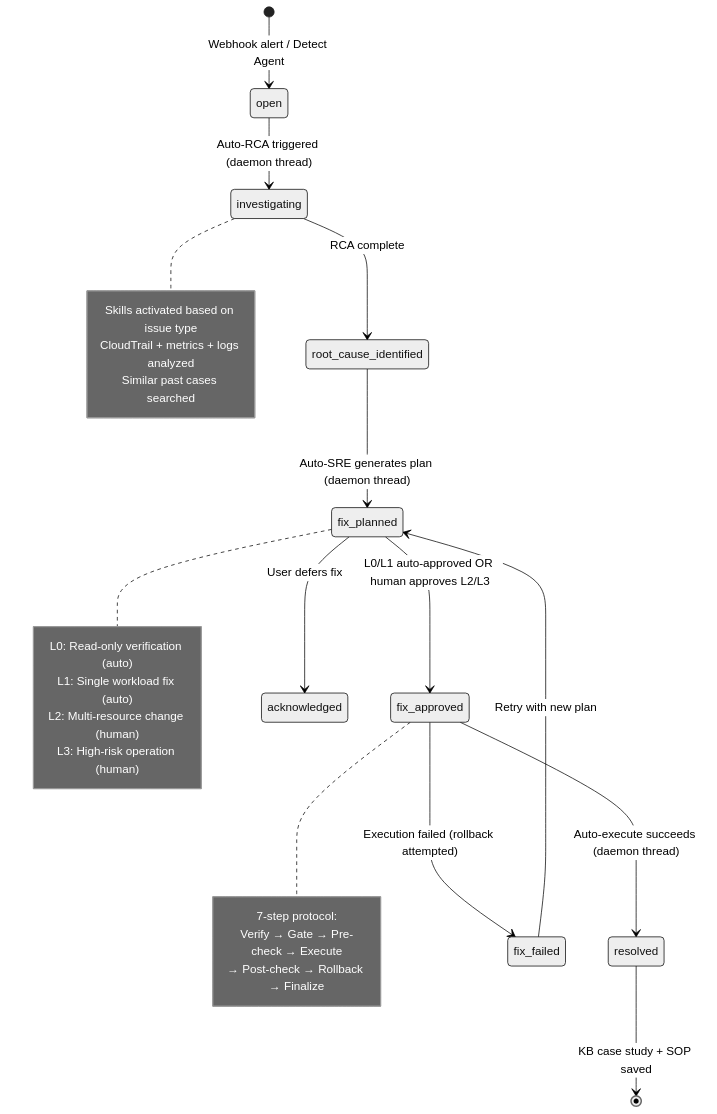
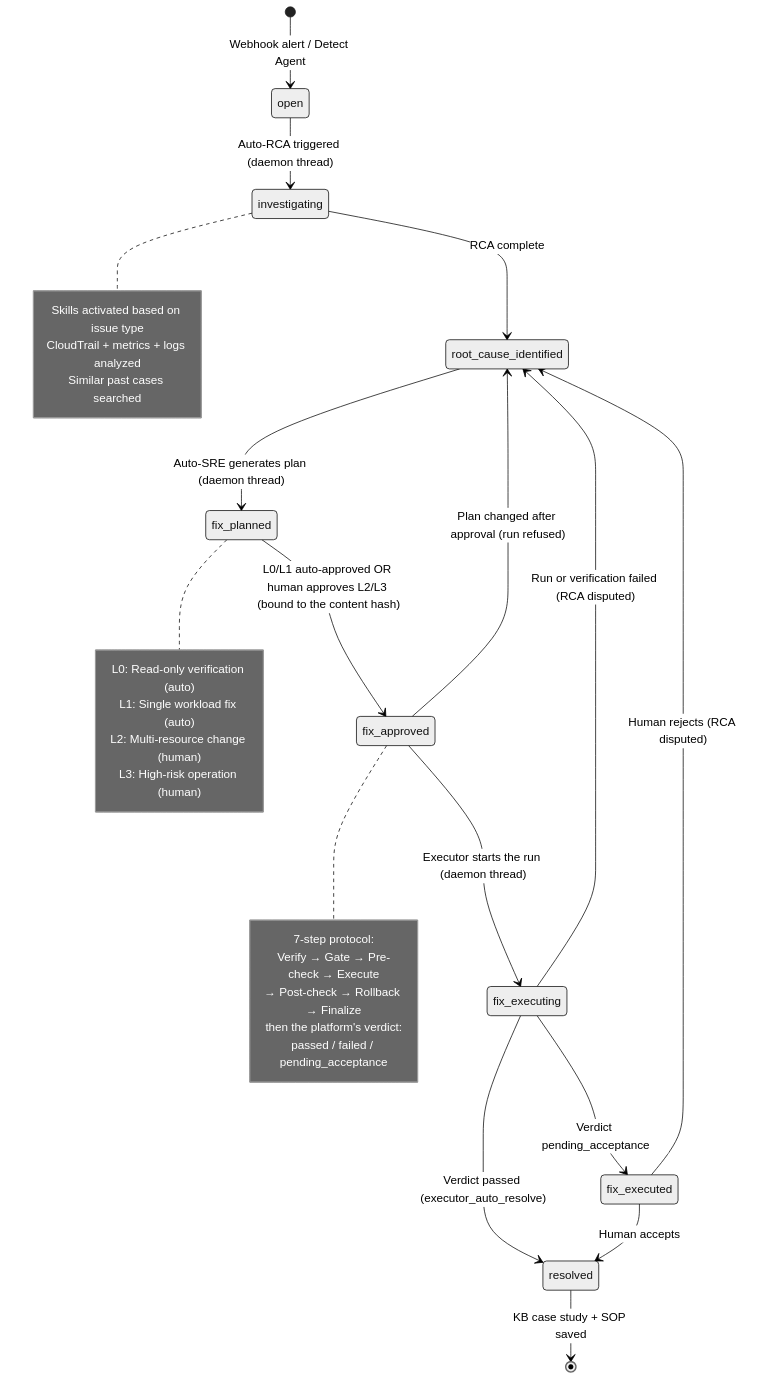
One commit to LiboMa/agenticops-chat changed the fourth of 21 diagrams in docs/WORKFLOW.md. Above: the diagram before and after it, drawn with Mermaid (neutral theme). The commit also changed other lines of this file and 3 other files, not shown here.

Commit message:
docs(issue-change): MVP-2.6.1 issue/change logic — lifecycle diagram matches the transitions, verdict + acceptance, intake, plan read tools (README/README_CN in sync)

````diff
--- a/docs/WORKFLOW.md
+++ b/docs/WORKFLOW.md
@@ -206,37 +206,42 @@
 ```mermaid
 stateDiagram-v2
     [*] --> open : Webhook alert / Detect Agent
     open --> investigating : Auto-RCA triggered (daemon thread)
 
     investigating --> root_cause_identified : RCA complete
 
     root_cause_identified --> fix_planned : Auto-SRE generates plan (daemon thread)
 
-    fix_planned --> fix_approved : L0/L1 auto-approved OR human approves L2/L3
-    fix_planned --> acknowledged : User defers fix
+    fix_planned --> fix_approved : L0/L1 auto-approved OR human approves L2/L3 (bound to the content hash)
 
-    fix_approved --> resolved : Auto-execute succeeds (daemon thread)
-    fix_approved --> fix_failed : Execution failed (rollback attempted)
-    fix_failed --> fix_planned : Retry with new plan
+    fix_approved --> fix_executing : Executor starts the run (daemon thread)
+    fix_approved --> root_cause_identified : Plan changed after approval (run refused)
+    fix_executing --> resolved : Verdict passed (executor_auto_resolve)
+    fix_executing --> fix_executed : Verdict pending_acceptance
+    fix_executing --> root_cause_identified : Run or verification failed (RCA disputed)
+    fix_executed --> resolved : Human accepts
+    fix_executed --> root_cause_identified : Human rejects (RCA disputed)
 
     resolved --> [*] : KB case study + SOP saved
 
     note right of investigating
         Skills activated based on issue type
         CloudTrail + metrics + logs analyzed
         Similar past cases searched
     end note
 
     note right of fix_planned
         L0: Read-only verification (auto)
         L1: Single workload fix (auto)
         L2: Multi-resource change (human)
         L3: High-risk operation (human)
     end note
 
     note right of fix_approved
         7-step protocol:
         Verify → Gate → Pre-check → Execute
         → Post-check → Rollback → Finalize
+        then the platform's verdict:
+        passed / failed / pending_acceptance
     end note
 ```
````
